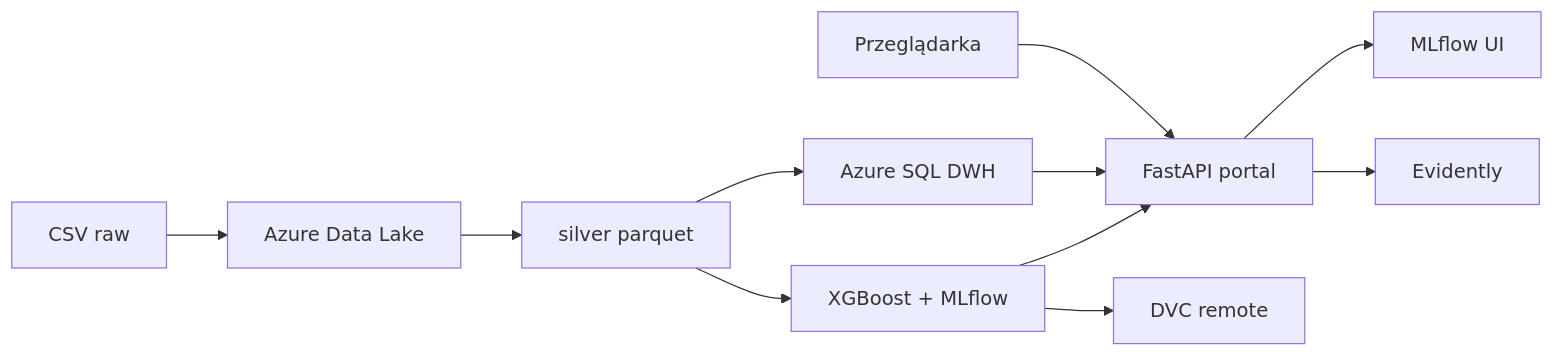
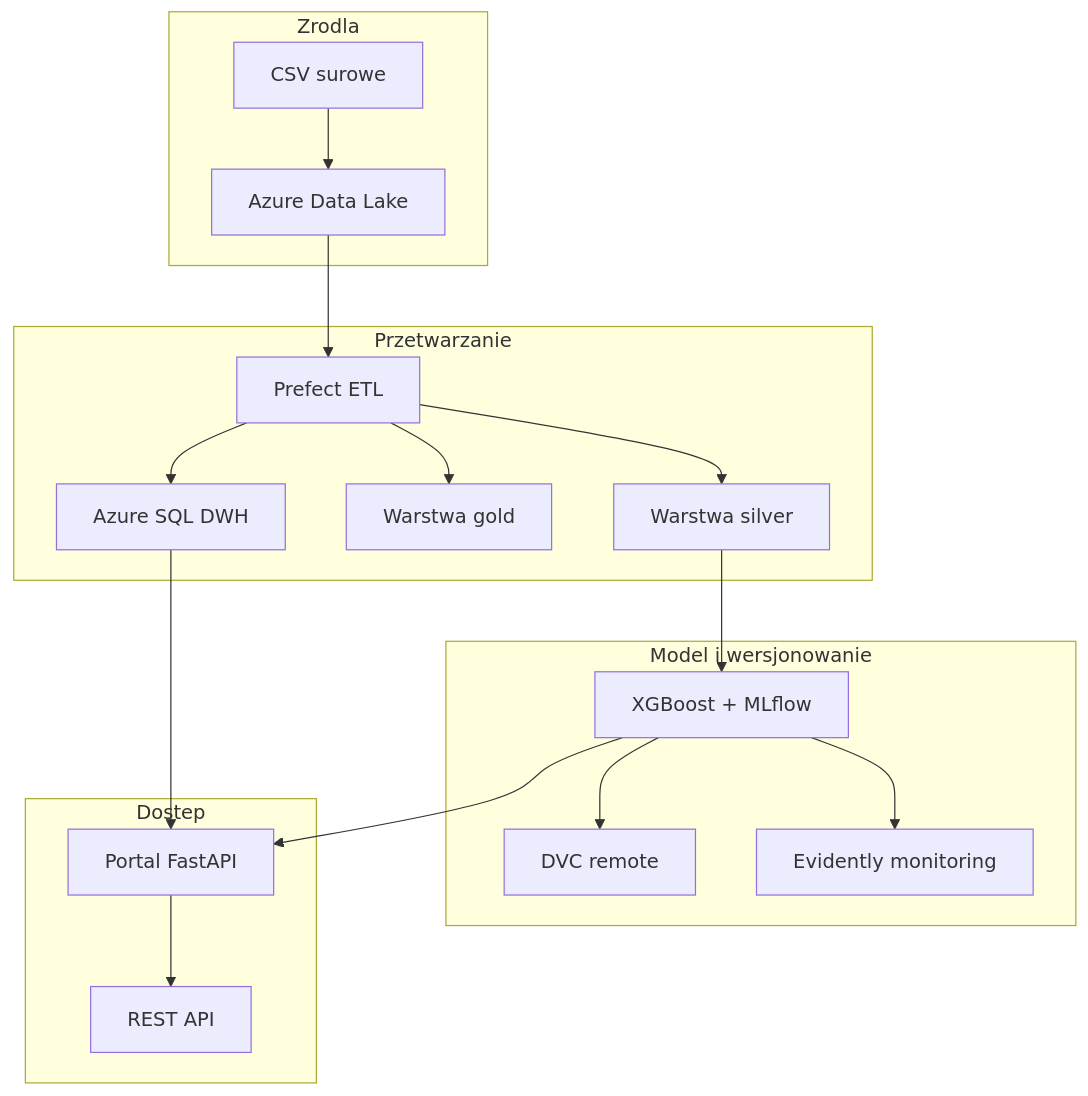
Before and after one commit to Marcin00000/HdProjekt: the diagram in readme.md, drawn with Mermaid. The commit also changed other lines of this file and 50 other files, not shown here.

````diff
--- a/readme.md
+++ b/readme.md
@@ -22,13 +22,33 @@
 ```mermaid
-flowchart LR
-  CSV[CSV raw] --> Lake[Azure Data Lake]
-  Lake --> Silver[silver parquet]
-  Silver --> SQL[Azure SQL DWH]
-  Silver --> Train[XGBoost + MLflow]
-  Train --> Portal[FastAPI portal]
-  Train --> DVC[DVC remote]
+flowchart TB
+  subgraph input [Zrodla]
+    CSV[CSV surowe]
+    Lake[Azure Data Lake]
+  end
+  subgraph processing [Przetwarzanie]
+    Silver[Warstwa silver]
+    Gold[Warstwa gold]
+    SQL[Azure SQL DWH]
+    ETL[Prefect ETL]
+  end
+  subgraph ml [Model i wersjonowanie]
+    Train[XGBoost + MLflow]
+    DVC[DVC remote]
+    Monitor[Evidently monitoring]
+  end
+  subgraph access [Dostep]
+    Portal[Portal FastAPI]
+    API[REST API]
+  end
+  CSV --> Lake
+  Lake --> ETL
+  ETL --> Silver
+  ETL --> Gold
+  ETL --> SQL
+  Silver --> Train
+  Train --> DVC
+  Train --> Monitor
   SQL --> Portal
-  Portal --> MLflow[MLflow UI]
-  Portal --> Evidently[Evidently]
-  User[Przeglądarka] --> Portal
+  Train --> Portal
+  Portal --> API
 ```
````
